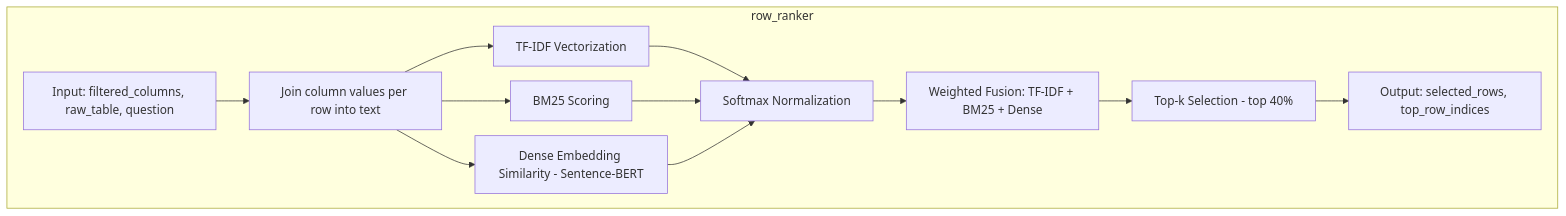
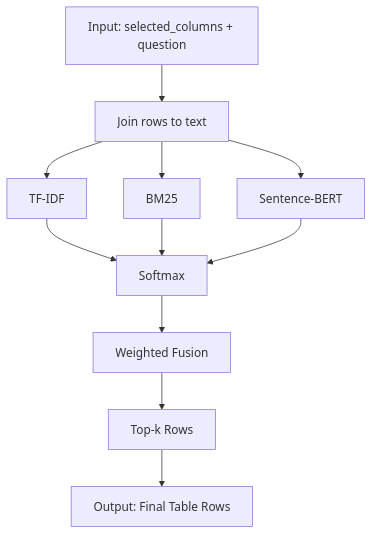
One commit to torijune/ATF-Adaptive-Table-Filtering-Framework changed the fifth of 5 diagrams in README.md. Above: the diagram before and after it, drawn with Mermaid. The commit also changed other lines of this file, not shown here.

````diff
--- a/README.md
+++ b/README.md
@@ -149,26 +130,14 @@
 ```mermaid
-%%{init: {'theme':'default', 'flowchart': {'nodeSpacing': 20, 'rankSpacing': 20}}}%%
 graph TD
-    subgraph row_ranker
-        R1[Input: filtered_columns, raw_table, question]
-        R2[Join column values per row into text]
-        R3[TF-IDF Vectorization]
-        R4[BM25 Scoring]
-        R5[Dense Embedding Similarity - Sentence-BERT]
-        R6[Softmax Normalization]
-        R7[Weighted Fusion: TF-IDF + BM25 + Dense]
-        R8[Top-k Selection - top 40%]
-        R9[Output: selected_rows, top_row_indices]
-
-        R1 --> R2
-        R2 --> R3
-        R2 --> R4
-        R2 --> R5
-        R3 --> R6
-        R4 --> R6
-        R5 --> R6
-        R6 --> R7
-        R7 --> R8
-        R8 --> R9
-    end
+    R1[Input: selected_columns + question]
+    R1 --> R2[Join rows to text]
+    R2 --> R3[TF-IDF]
+    R2 --> R4[BM25]
+    R2 --> R5[Sentence-BERT]
+    R3 --> R6[Softmax]
+    R4 --> R6
+    R5 --> R6
+    R6 --> R7[Weighted Fusion]
+    R7 --> R8[Top-k Rows]
+    R8 --> R9[Output: Final Table Rows]
 ```
````
